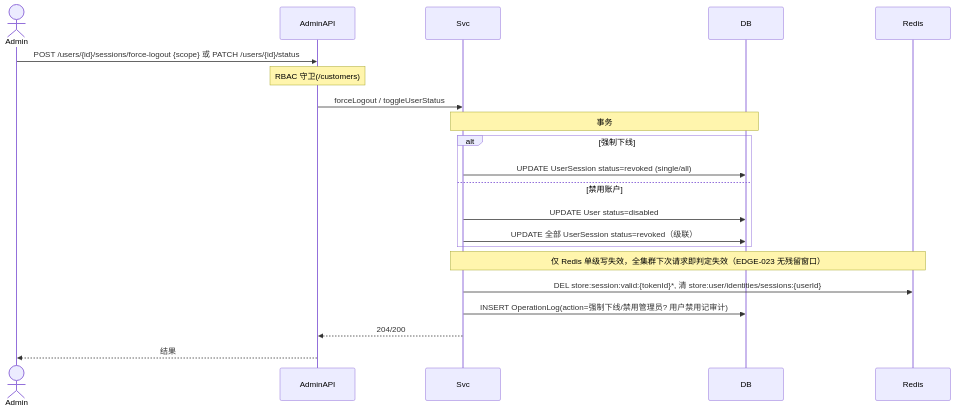
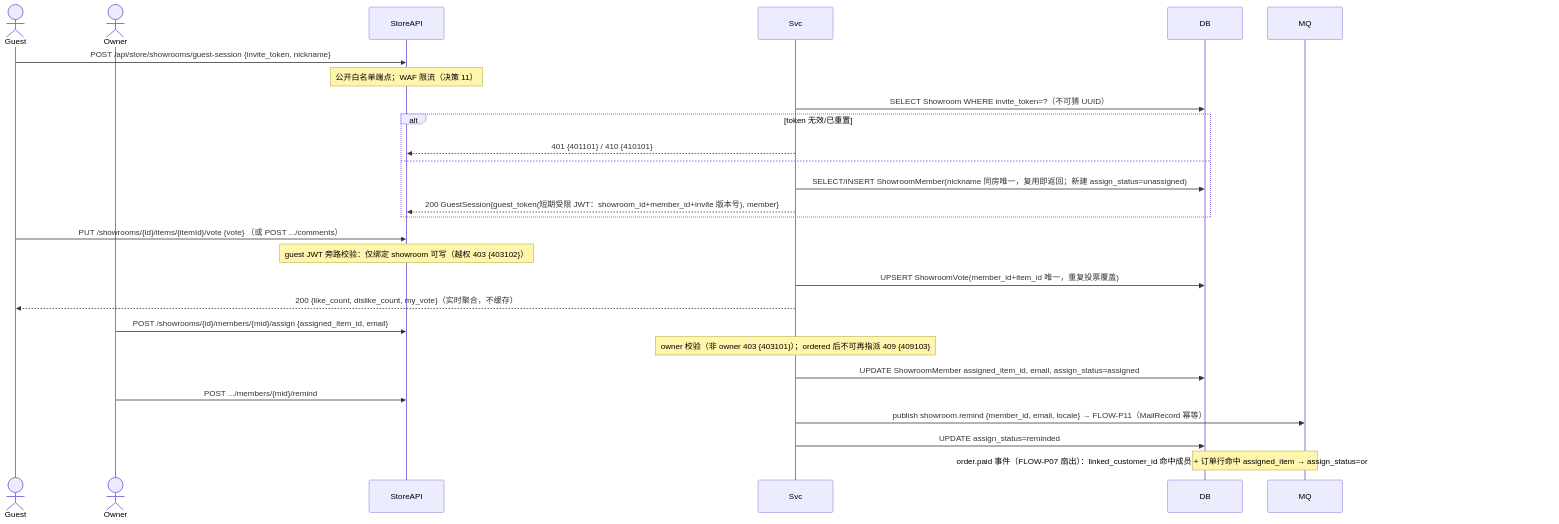
Before and after one commit to hptec/dreamy: diagram 12 of 20 in hhspec/specs/architecture/data-flow.md, drawn with Mermaid. The commit also changed other lines of this file and 180 other files, not shown here.

````diff
--- a/hhspec/specs/architecture/data-flow.md
+++ b/hhspec/specs/architecture/data-flow.md
@@ -431,24 +461,33 @@
 ```mermaid
 sequenceDiagram
-    actor Admin
-    participant AdminAPI
+    actor Guest
+    actor User as Owner
+    participant StoreAPI
     participant Svc
     participant DB
-    participant Redis
+    participant MQ
 
-    Admin->>AdminAPI: POST /users/{id}/sessions/force-logout {scope}  或  PATCH /users/{id}/status
-    Note over AdminAPI: RBAC 守卫(/customers)
-    AdminAPI->>Svc: forceLogout / toggleUserStatus
-    Note over Svc,DB: 事务
-    alt 强制下线
-        Svc->>DB: UPDATE UserSession status=revoked (single/all)
-    else 禁用账户
-        Svc->>DB: UPDATE User status=disabled
-        Svc->>DB: UPDATE 全部 UserSession status=revoked（级联）
+    Guest->>StoreAPI: POST /api/store/showrooms/guest-session {invite_token, nickname}
+    Note over StoreAPI: 公开白名单端点；WAF 限流（决策 11）
+    Svc->>DB: SELECT Showroom WHERE invite_token=?（不可猜 UUID）
+    alt token 无效/已重置
+        Svc-->>StoreAPI: 401 {401101} / 410 {410101}
+    else
+        Svc->>DB: SELECT/INSERT ShowroomMember(nickname 同房唯一，复用即返回；新建 assign_status=unassigned)
+        Svc-->>StoreAPI: 200 GuestSession{guest_token(短期受限 JWT：showroom_id+member_id+invite 版本号), member}
     end
-    Note over Svc,Redis: 仅 Redis 单级写失效，全集群下次请求即判定失效（EDGE-023 无残留窗口）
-    Svc->>Redis: DEL store:session:valid:{tokenId}*, 清 store:user/identities/sessions:{userId}
-    Svc->>DB: INSERT OperationLog(action=强制下线/禁用管理员? 用户禁用记审计)
-    Svc-->>AdminAPI: 204/200
-    AdminAPI-->>Admin: 结果
+
+    Guest->>StoreAPI: PUT /showrooms/{id}/items/{itemId}/vote {vote} （或 POST .../comments）
+    Note over StoreAPI: guest JWT 旁路校验：仅绑定 showroom 可写（越权 403 {403102}）
+    Svc->>DB: UPSERT ShowroomVote(member_id+item_id 唯一，重复投票覆盖)
+    Svc-->>Guest: 200 {like_count, dislike_count, my_vote}（实时聚合，不缓存）
+
+    User->>StoreAPI: POST /showrooms/{id}/members/{mid}/assign {assigned_item_id, email}
+    Note over Svc: owner 校验（非 owner 403 {403101}）；ordered 后不可再指派 409 {409103}
+    Svc->>DB: UPDATE ShowroomMember assigned_item_id, email, assign_status=assigned
+    User->>StoreAPI: POST .../members/{mid}/remind
+    Svc->>MQ: publish showroom.remind {member_id, email, locale} → FLOW-P11（MailRecord 幂等）
+    Svc->>DB: UPDATE assign_status=reminded
+
+    Note over MQ,DB: order.paid 事件（FLOW-P07 扇出）：linked_customer_id 命中成员 + 订单行命中 assigned_item → assign_status=ordered；同时刷新 24h dye lot 窗口数据（决策 20.4）
 ```
````
